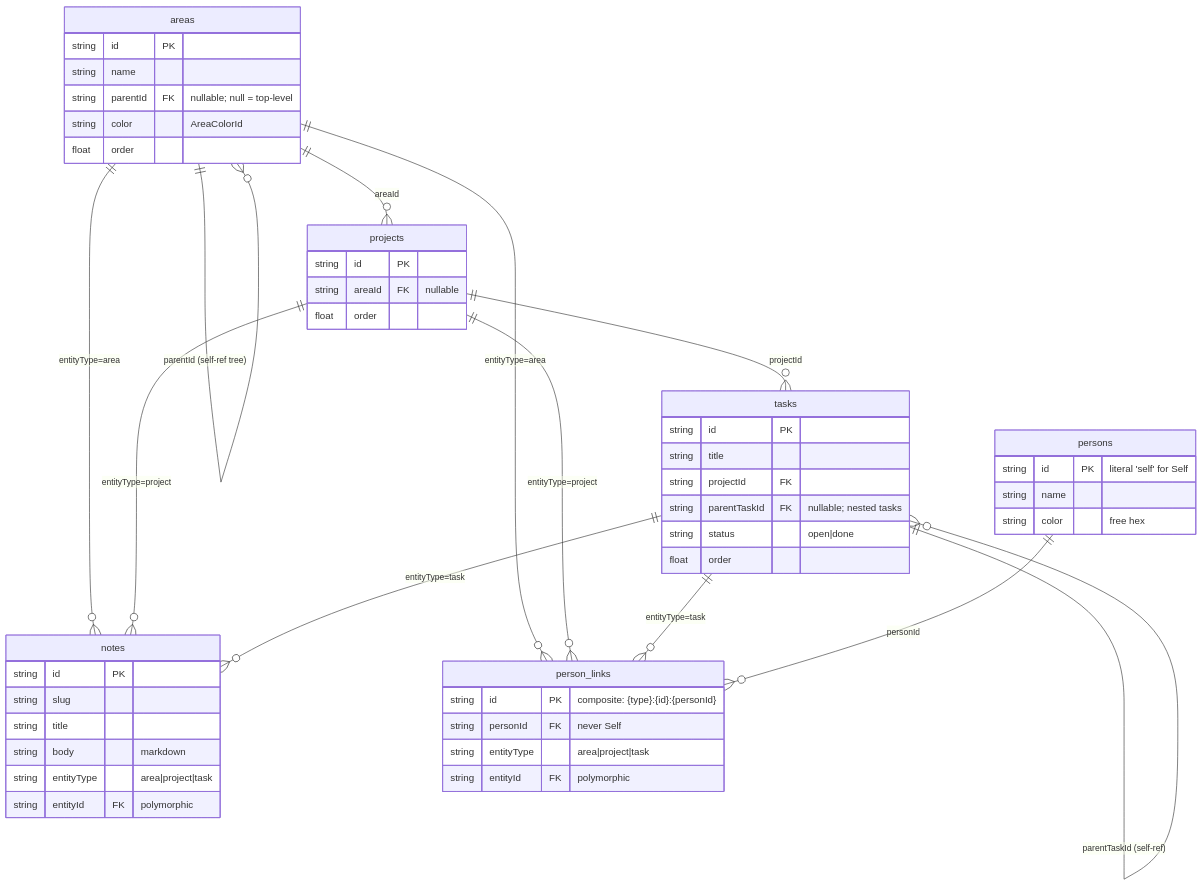
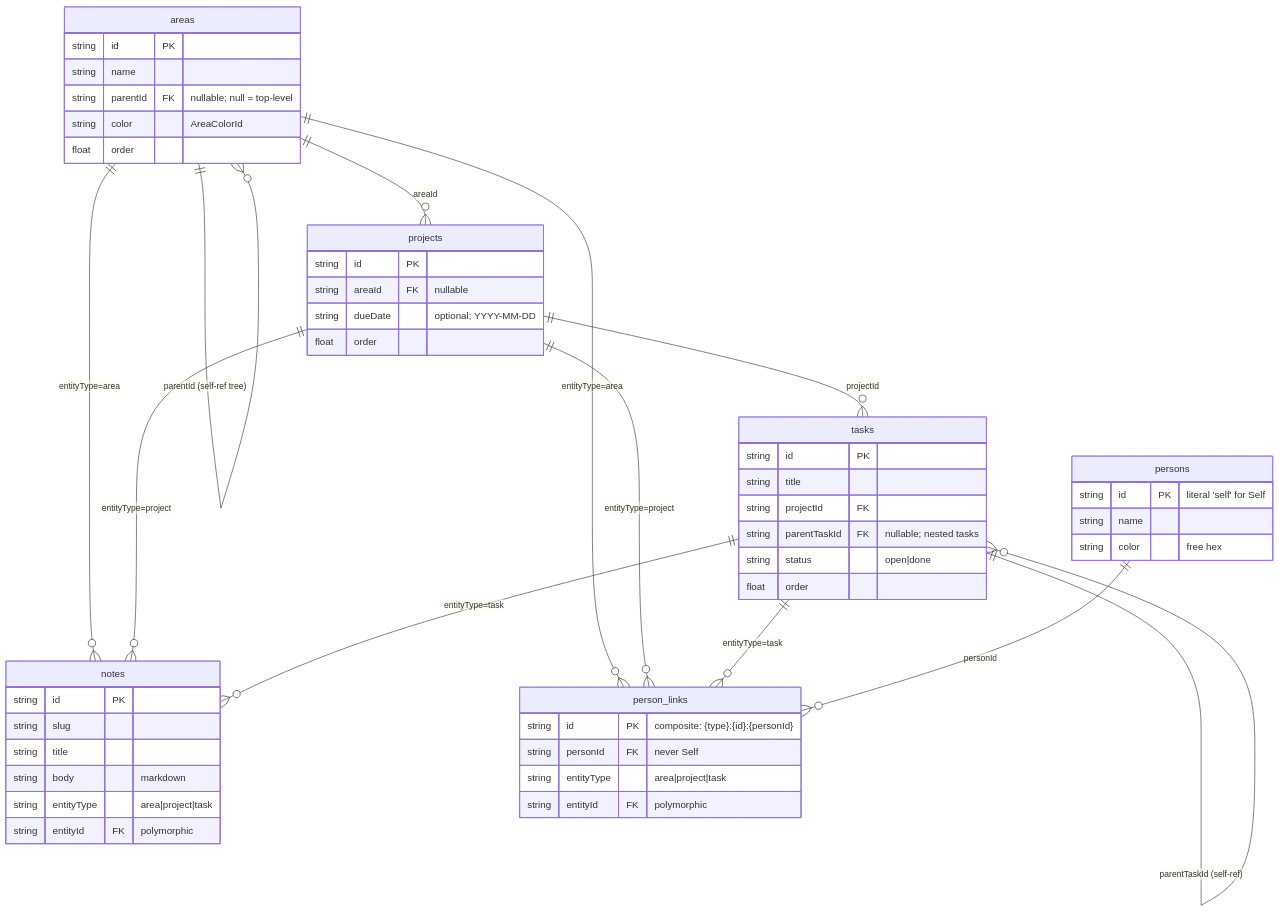
Before and after one commit to nibblebot/localaction: the second of 3 diagrams in docs/architecture.md, drawn with Mermaid. The commit also changed 10 other files, not shown here.

First line of the commit message:
feat(projects): assignable due dates with calendar popover

````diff
--- a/docs/architecture.md
+++ b/docs/architecture.md
@@ -94,41 +94,42 @@
 ```mermaid
 erDiagram
   areas ||--o{ areas : "parentId (self-ref tree)"
   areas ||--o{ projects : "areaId"
   areas ||--o{ notes : "entityType=area"
   projects ||--o{ tasks : "projectId"
   projects ||--o{ notes : "entityType=project"
   tasks ||--o{ tasks : "parentTaskId (self-ref)"
   tasks ||--o{ notes : "entityType=task"
   areas { string id PK }
   areas { string name }
   areas { string parentId FK "nullable; null = top-level" }
   areas { string color "AreaColorId" }
   areas { float order }
   projects { string id PK }
   projects { string areaId FK "nullable" }
+  projects { string dueDate "optional; YYYY-MM-DD" }
   projects { float order }
   tasks { string id PK }
   tasks { string title }
   tasks { string projectId FK }
   tasks { string parentTaskId FK "nullable; nested tasks" }
   tasks { string status "open|done" }
   tasks { float order }
   notes { string id PK }
   notes { string slug }
   notes { string title }
   notes { string body "markdown" }
   notes { string entityType "area|project|task" }
   notes { string entityId FK "polymorphic" }
   persons { string id PK "literal 'self' for Self" }
   persons { string name }
   persons { string color "free hex" }
   person_links { string id PK "composite: {type}:{id}:{personId}" }
   person_links { string personId FK "never Self" }
   person_links { string entityType "area|project|task" }
   person_links { string entityId FK "polymorphic" }
   areas ||--o{ person_links : "entityType=area"
   projects ||--o{ person_links : "entityType=project"
   tasks ||--o{ person_links : "entityType=task"
   persons ||--o{ person_links : "personId"
 ```
````
